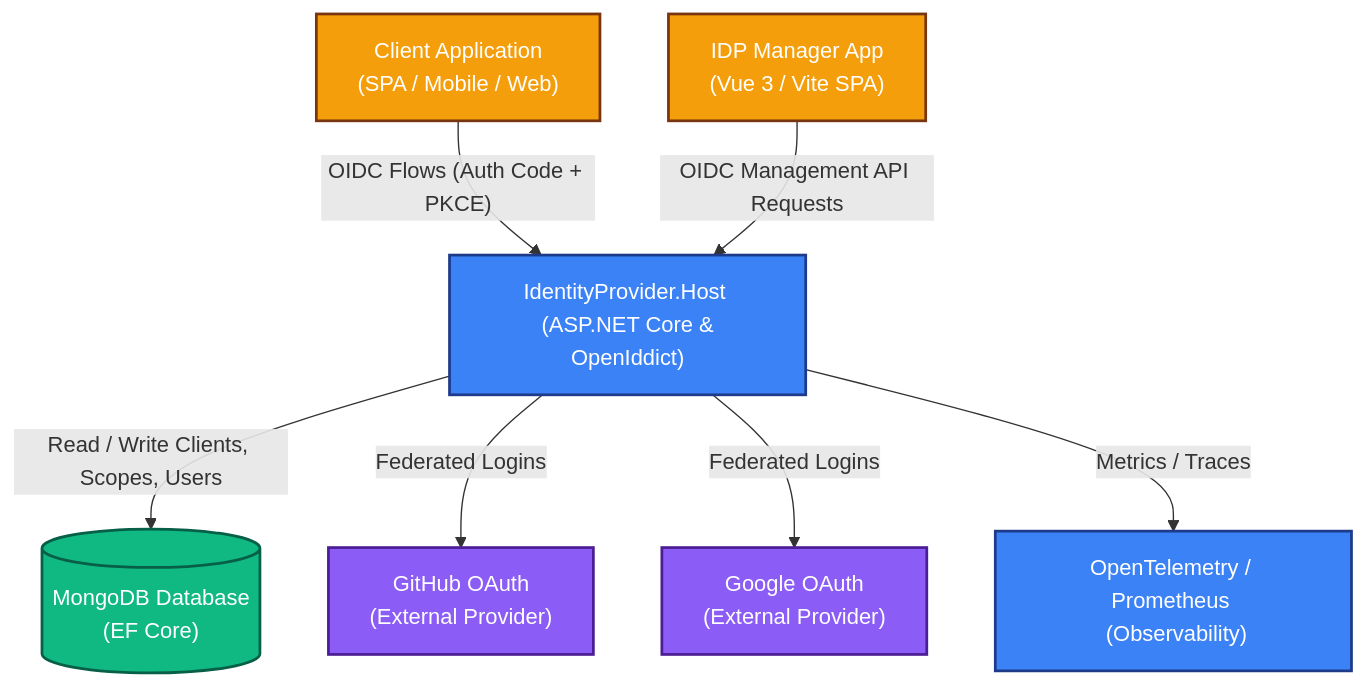
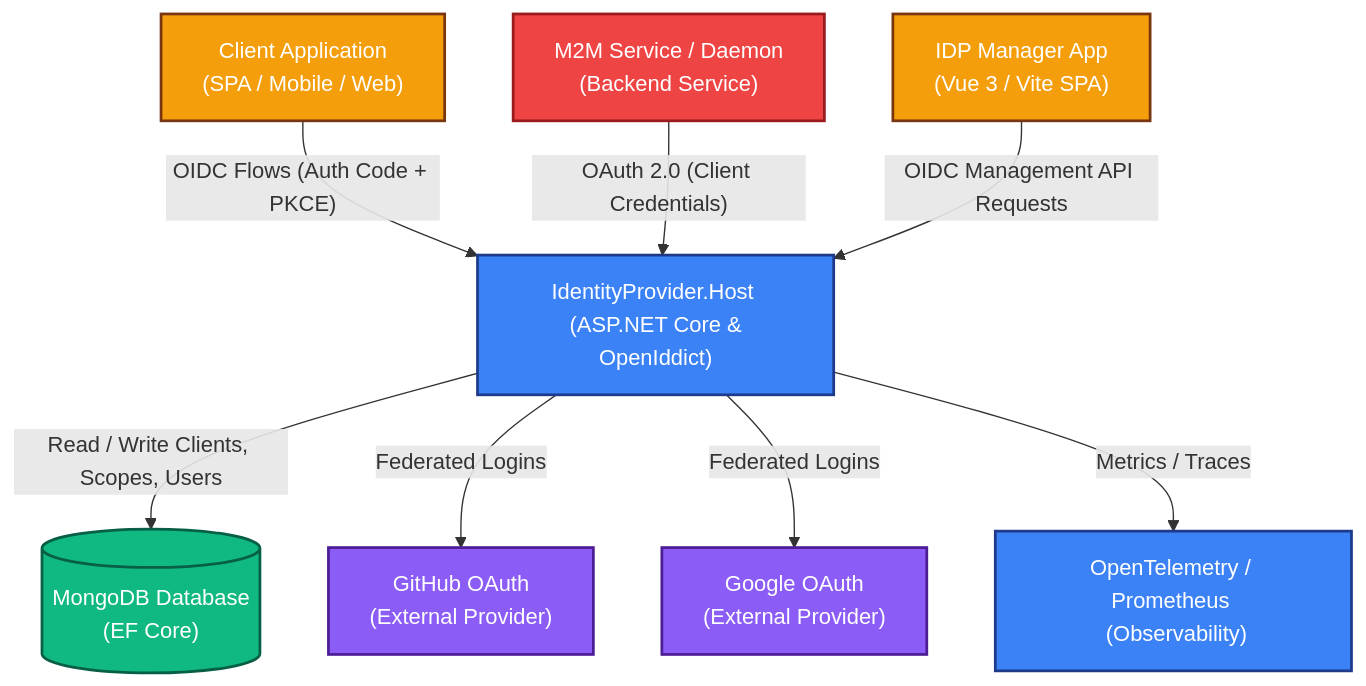
Before and after one commit to ajaxe/apogeedev.identityprovider: the diagram in Readme.md, drawn with Mermaid. The commit also changed other lines of this file and 4 other files, not shown here.

````diff
--- a/Readme.md
+++ b/Readme.md
@@ -18,22 +18,25 @@
 ```mermaid
 graph TD
     classDef main fill:#3b82f6,stroke:#1e3a8a,stroke-width:2px,color:#fff;
     classDef db fill:#10b981,stroke:#065f46,stroke-width:2px,color:#fff;
     classDef spa fill:#f59e0b,stroke:#78350f,stroke-width:2px,color:#fff;
     classDef external fill:#8b5cf6,stroke:#4c1d95,stroke-width:2px,color:#fff;
+    classDef m2m fill:#ef4444,stroke:#991b1b,stroke-width:2px,color:#fff;
 
     ClientApp["Client Application <br/> (SPA / Mobile / Web)"]:::spa
+    M2MClient["M2M Service / Daemon <br/> (Backend Service)"]:::m2m
     Host["IdentityProvider.Host <br/> (ASP.NET Core & OpenIddict)"]:::main
     MongoDb[("MongoDB Database <br/> (EF Core)")]:::db
     SPAAdmin["IDP Manager App <br/> (Vue 3 / Vite SPA)"]:::spa
     GitHubProvider["GitHub OAuth <br/> (External Provider)"]:::external
     GoogleProvider["Google OAuth <br/> (External Provider)"]:::external
     Otel["OpenTelemetry / Prometheus <br/> (Observability)"]:::main
 
     ClientApp -- "OIDC Flows (Auth Code + PKCE)" --> Host
+    M2MClient -- "OAuth 2.0 (Client Credentials)" --> Host
     SPAAdmin -- "OIDC Management API Requests" --> Host
     Host -- "Read / Write Clients, Scopes, Users" --> MongoDb
     Host -- "Federated Logins" --> GitHubProvider
     Host -- "Federated Logins" --> GoogleProvider
     Host -- "Metrics / Traces" --> Otel
 ```
````
